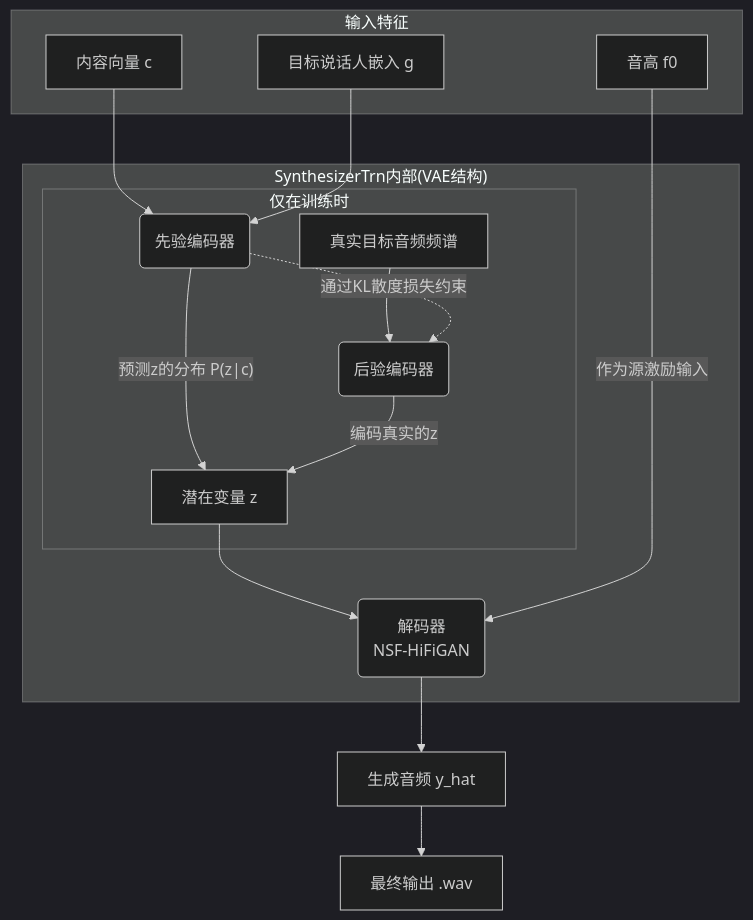
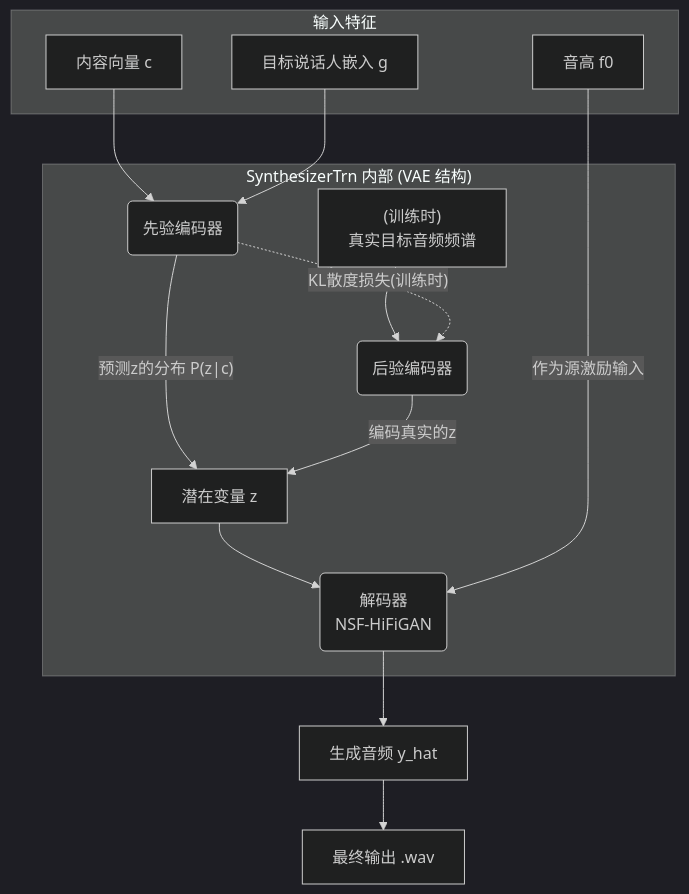
The third of 5 diagrams in So-VITS-SVC 4.1 流程图与模型详解.md (liqilun1008/sovitsvrc), drawn with Mermaid (dark theme) before and after one commit. The commit also changed other lines of this file, not shown here.

Commit message:
Update So-VITS-SVC 4.1 流程图与模型详解.md

````diff
--- a/So-VITS-SVC 4.1 流程图与模型详解.md
+++ b/So-VITS-SVC 4.1 流程图与模型详解.md
@@ -71,30 +71,29 @@
 ```mermaid
 graph TD
     subgraph "输入特征"
         A[内容向量 c];
         B[音高 f0];
         C[目标说话人嵌入 g];
     end
     
-    subgraph "SynthesizerTrn内部(VAE结构)"
+    subgraph "SynthesizerTrn 内部 (VAE 结构)"
         D(先验编码器);
         E(后验编码器);
         F("解码器<br>NSF-HiFiGAN");
         G[潜在变量 z];
+        H["(训练时)<br>真实目标音频频谱"];
 
         A & C --> D;
         D -- "预测z的分布 P(z|c)" --> G;
         
-        subgraph "仅在训练时"
-            H[真实目标音频频谱] --> E;
-            E -- "编码真实的z" --> G;
-            D -.->|通过KL散度损失约束| E;
-        end
+        H --> E;
+        E -- "编码真实的z" --> G;
+        D -.->|"KL散度损失(训练时)"| E;
 
         G --> F;
         B -- "作为源激励输入" --> F;
     end
     
     F --> I[生成音频 y_hat];
     I --> L[最终输出 .wav];
 ```
````
